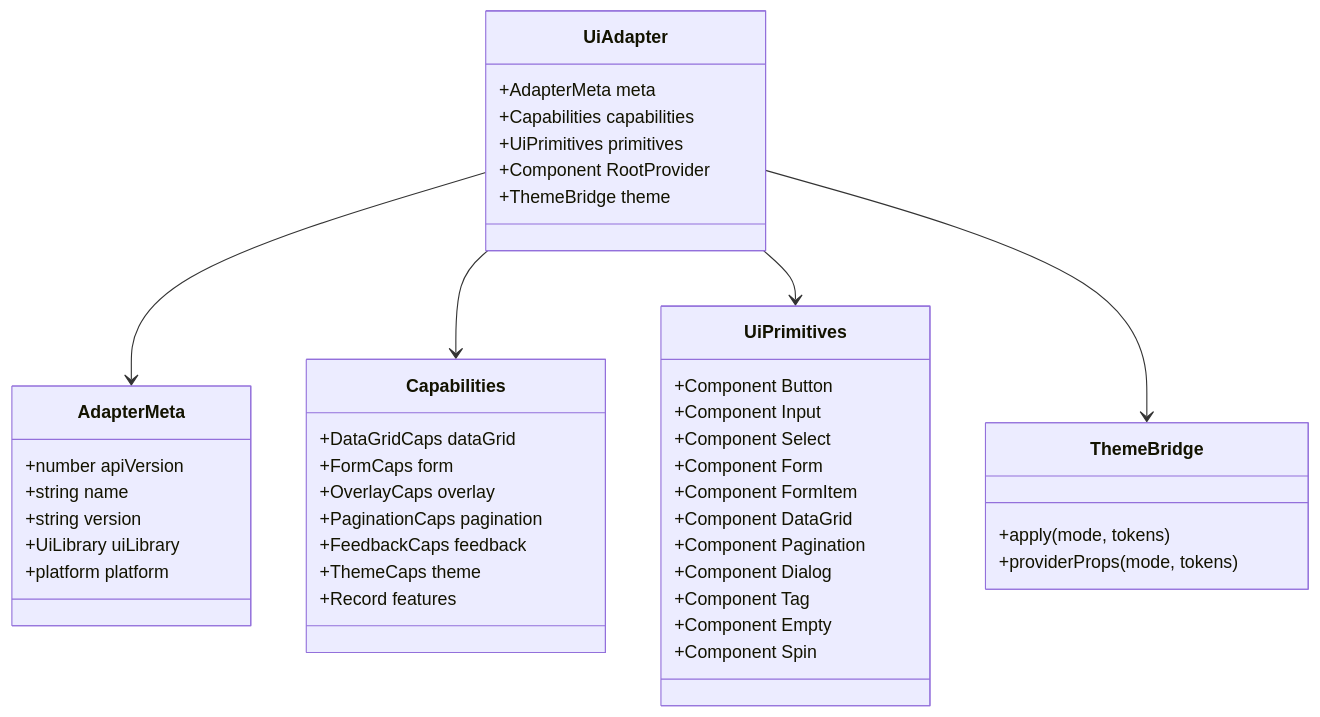
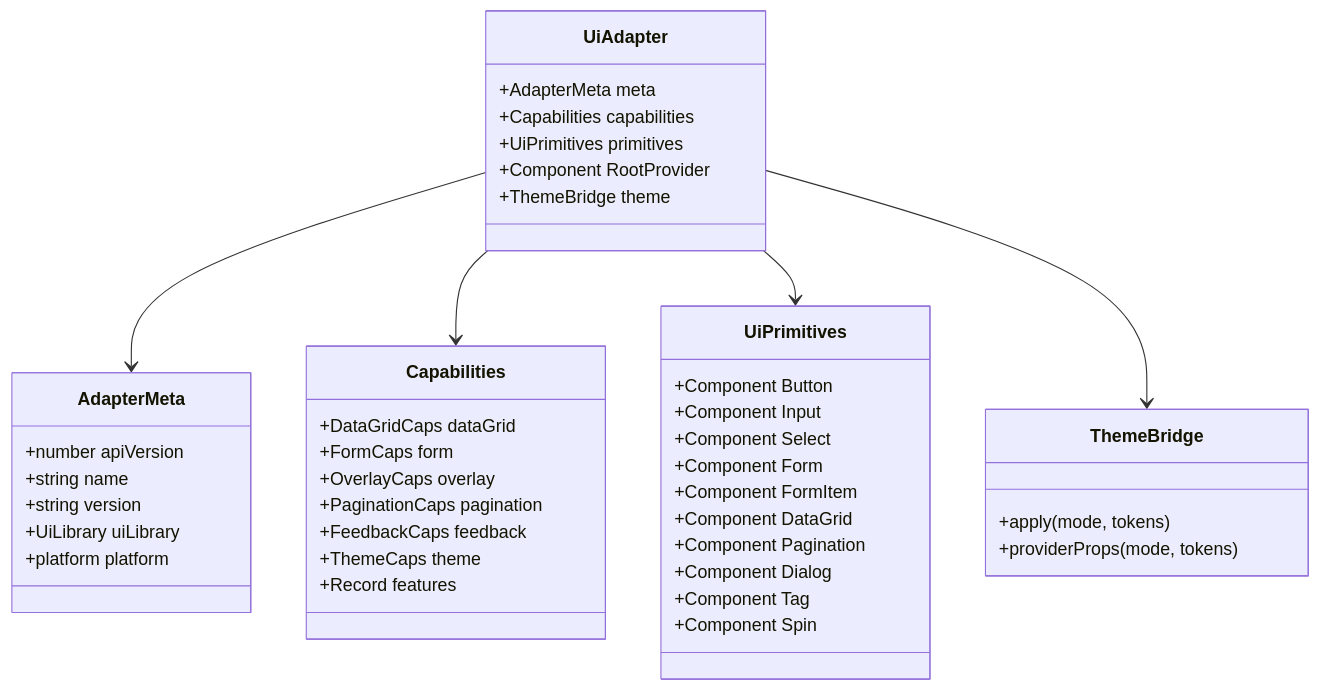
The fifth of 12 diagrams in apps/docs/guide/architecture-diagrams.md (socalledPF/fbkworks), drawn with Mermaid before and after one commit. The commit also changed 15 other files, not shown here.

````diff
--- a/apps/docs/guide/architecture-diagrams.md
+++ b/apps/docs/guide/architecture-diagrams.md
@@ -168,52 +168,51 @@
 ```mermaid
 classDiagram
   class UiAdapter {
     +AdapterMeta meta
     +Capabilities capabilities
     +UiPrimitives primitives
     +Component RootProvider
     +ThemeBridge theme
   }
 
   class AdapterMeta {
     +number apiVersion
     +string name
     +string version
     +UiLibrary uiLibrary
     +platform platform
   }
 
   class Capabilities {
     +DataGridCaps dataGrid
     +FormCaps form
     +OverlayCaps overlay
     +PaginationCaps pagination
     +FeedbackCaps feedback
     +ThemeCaps theme
     +Record features
   }
 
   class UiPrimitives {
     +Component Button
     +Component Input
     +Component Select
     +Component Form
     +Component FormItem
     +Component DataGrid
     +Component Pagination
     +Component Dialog
     +Component Tag
-    +Component Empty
     +Component Spin
   }
 
   class ThemeBridge {
     +apply(mode, tokens)
     +providerProps(mode, tokens)
   }
 
   UiAdapter --> AdapterMeta
   UiAdapter --> Capabilities
   UiAdapter --> UiPrimitives
   UiAdapter --> ThemeBridge
 ```
````
